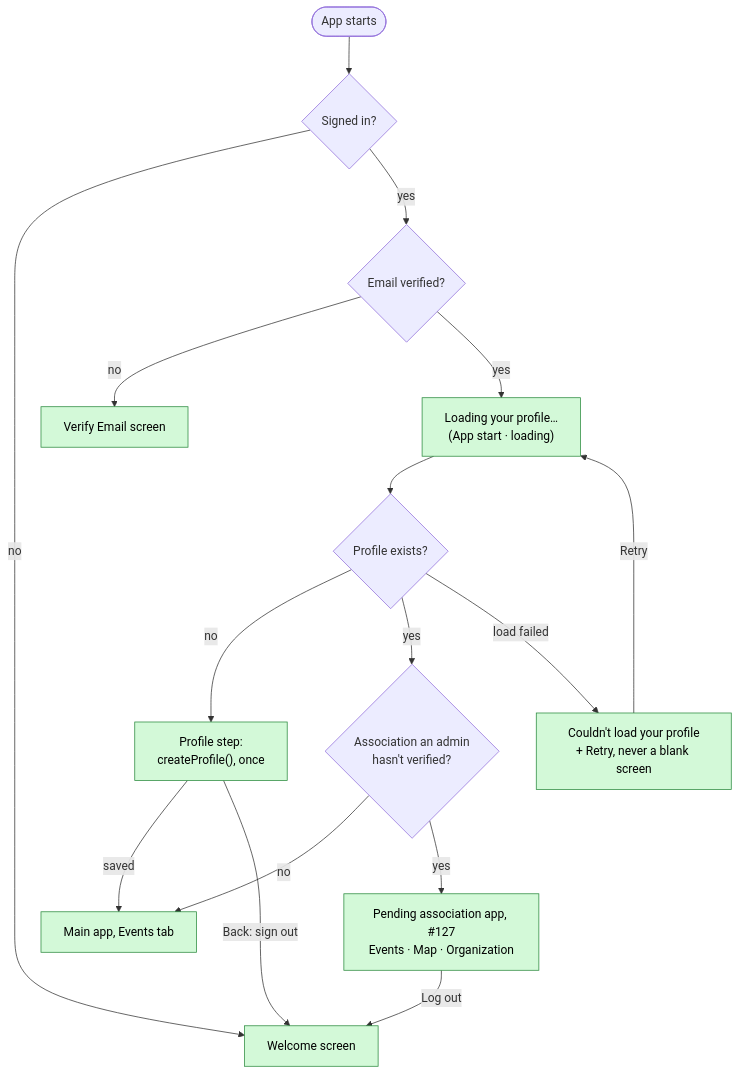
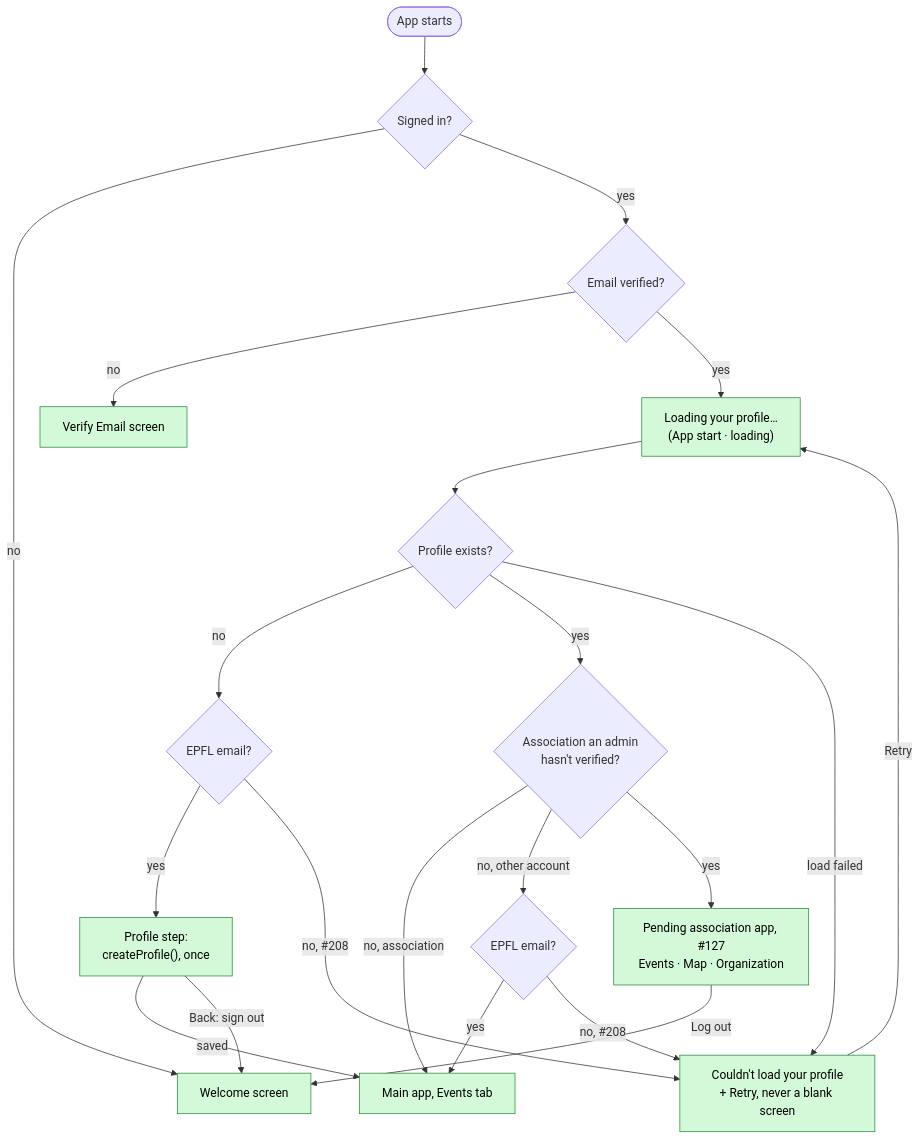
One commit to swent-polysocial/PolySocial changed the eighth of 11 diagrams in docs/Architecture-Diagram.md. Above: the diagram before and after it, drawn with Mermaid. The commit also changed other lines of this file and 1 other file, not shown here.

Commit message:
docs: record the association log in
The app start diagram gains the non-EPFL fail-closed branches and a
note on association log in; CONTEXT.md records the routing decision.

Refs #208

````diff
--- a/docs/Architecture-Diagram.md
+++ b/docs/Architecture-Diagram.md
@@ -275,19 +275,24 @@
 ```mermaid
 flowchart TD
   classDef s1 fill:#d3f9d8,stroke:#2b8a3e,color:#000
   start(["App starts"]) --> q1{"Signed in?"}
   q1 -- no --> welcome["Welcome screen"]:::s1
   q1 -- yes --> q2{"Email verified?"}
   q2 -- no --> verify["Verify Email screen"]:::s1
   q2 -- yes --> load["Loading your profile…<br/>(App start · loading)"]:::s1 --> q3{"Profile exists?"}
-  q3 -- no --> create["Profile step:<br/>createProfile(), once"]:::s1
+  q3 -- no --> q5{"EPFL email?"}
+  q5 -- yes --> create["Profile step:<br/>createProfile(), once"]:::s1
   main["Main app, Events tab"]:::s1
   create -- "saved" --> main
   create -- "Back: sign out" --> welcome
   q3 -- yes --> q4{"Association an admin<br/>hasn't verified?"}
-  q4 -- no --> main
+  q4 -- "no, association" --> main
+  q4 -- "no, other account" --> q6{"EPFL email?"}
+  q6 -- yes --> main
   q4 -- yes --> pending["Pending association app, #127<br/>Events · Map · Organization"]:::s1
   pending -- "Log out" --> welcome
   q3 -- "load failed" --> err["Couldn't load your profile<br/>+ Retry, never a blank screen"]:::s1
   err -- "Retry" --> load
+  q5 -- "no, #208" --> err
+  q6 -- "no, #208" --> err
 ```
````
